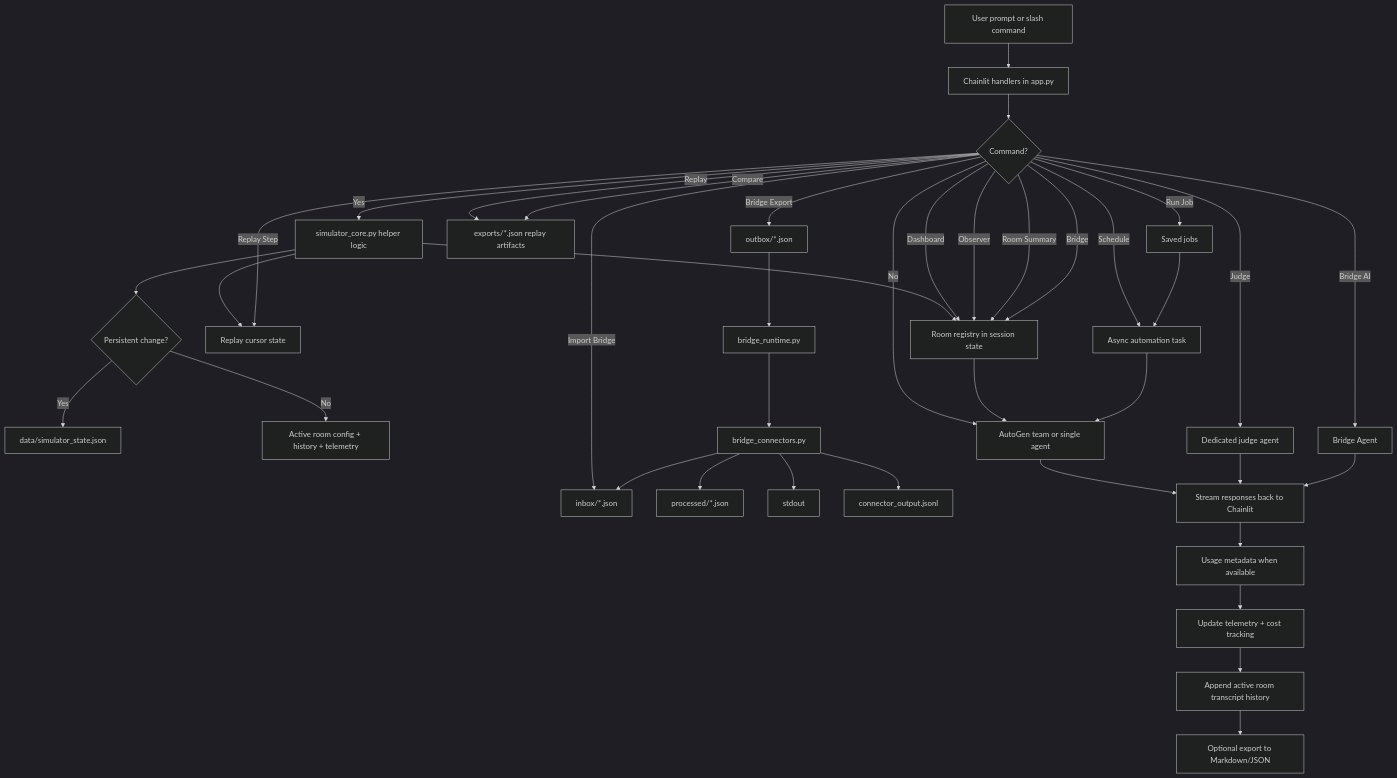
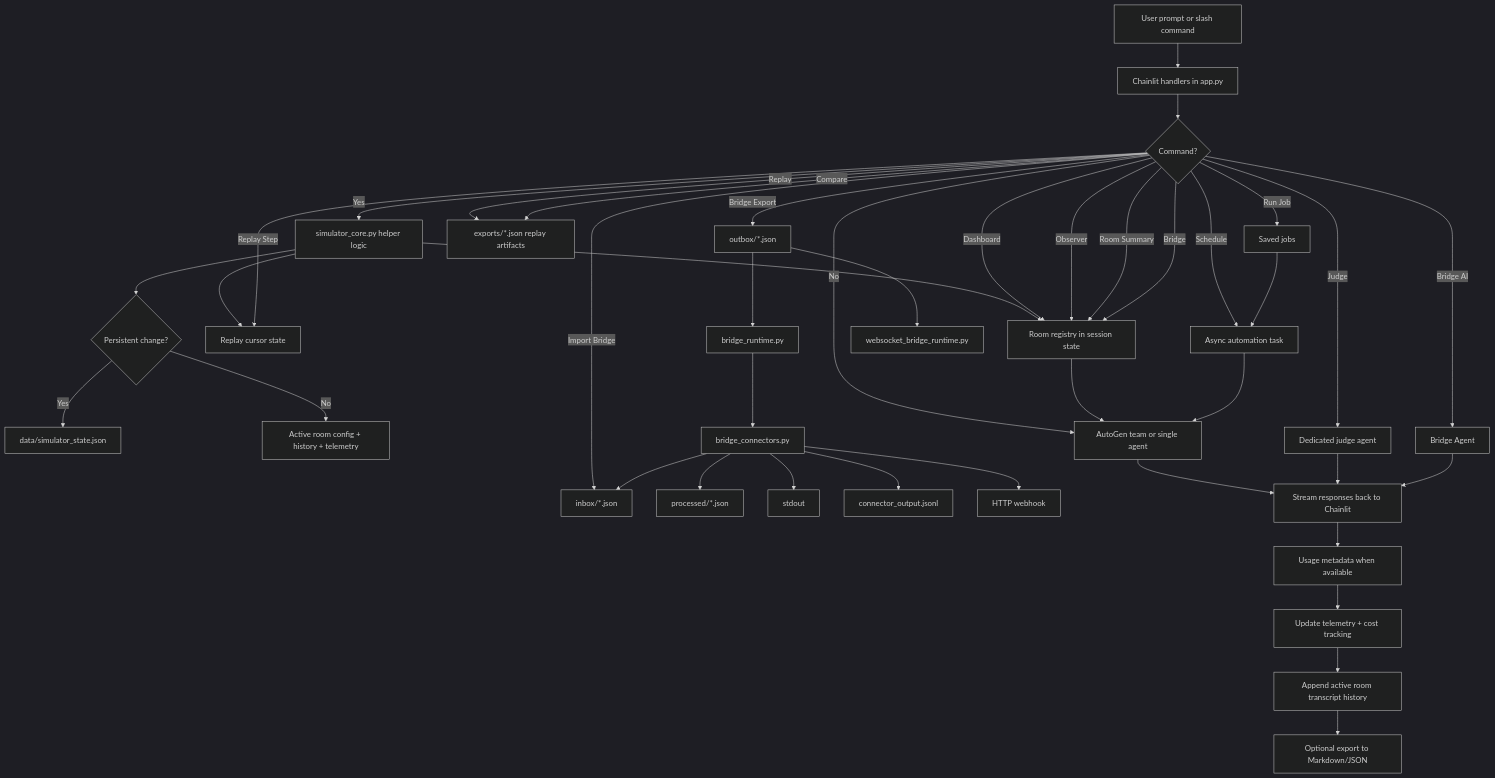
One commit to robertpelloni/agentirc changed the diagram in docs/ai/design/simulator-operations.md. Above: the diagram before and after it, drawn with Mermaid (dark theme). The commit also changed other lines of this file and 11 other files, not shown here.

Commit message:
feat: add websocket bridge transport scaffold

````diff
--- a/docs/ai/design/simulator-operations.md
+++ b/docs/ai/design/simulator-operations.md
@@ -101,41 +103,43 @@
 ```mermaid
 flowchart TD
     User[User prompt or slash command] --> CL[Chainlit handlers in app.py]
     CL --> Cmd{Command?}
     Cmd -- Yes --> Core[simulator_core.py helper logic]
     Core --> Rooms[Room registry in session state]
     Core --> ReplayState[Replay cursor state]
     Core --> Persist{Persistent change?}
     Persist -- Yes --> State[data/simulator_state.json]
     Persist -- No --> Session[Active room config + history + telemetry]
     Cmd -- Dashboard --> Rooms
     Cmd -- Observer --> Rooms
     Cmd -- Room Summary --> Rooms
     Cmd -- Bridge --> Rooms
     Cmd -- Bridge AI --> BridgeAgent[Bridge Agent]
     Cmd -- Bridge Export --> Outbox[outbox/*.json]
     Cmd -- Import Bridge --> Inbox[inbox/*.json]
     Cmd -- Replay --> Exports[exports/*.json replay artifacts]
     Cmd -- Replay Step --> ReplayState
     Cmd -- Compare --> Exports
     Cmd -- Schedule --> Task[Async automation task]
     Cmd -- Run Job --> Jobs[Saved jobs]
     Cmd -- Judge --> Judge[Dedicated judge agent]
     Cmd -- No --> Team[AutoGen team or single agent]
     Outbox --> Runtime[bridge_runtime.py]
     Runtime --> Connectors[bridge_connectors.py]
     Connectors --> Processed[processed/*.json]
     Connectors --> Inbox
     Connectors --> Console[stdout]
     Connectors --> Jsonl[connector_output.jsonl]
+    Connectors --> Webhook[HTTP webhook]
+    Outbox --> WSRuntime[websocket_bridge_runtime.py]
     Rooms --> Team
     Jobs --> Task
     Task --> Team
     Team --> Stream[Stream responses back to Chainlit]
     Judge --> Stream
     BridgeAgent --> Stream
     Stream --> Usage[Usage metadata when available]
     Usage --> Telemetry[Update telemetry + cost tracking]
     Telemetry --> History[Append active room transcript history]
     History --> Export[Optional export to Markdown/JSON]
 ```
````
